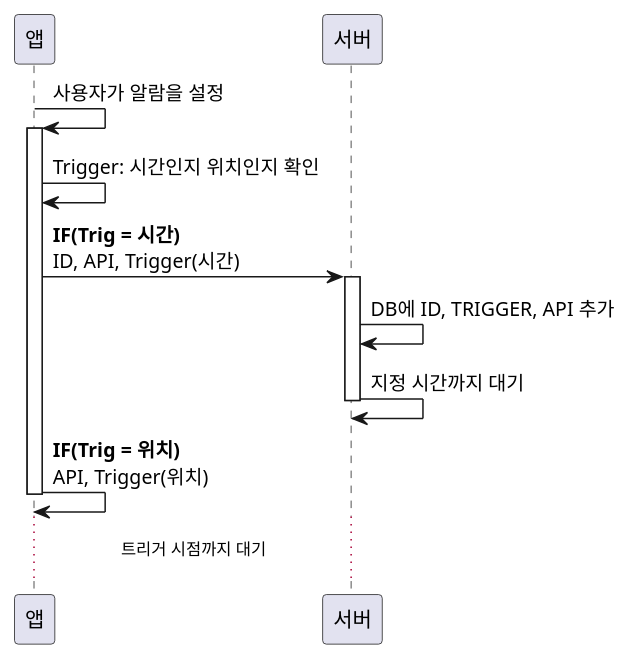
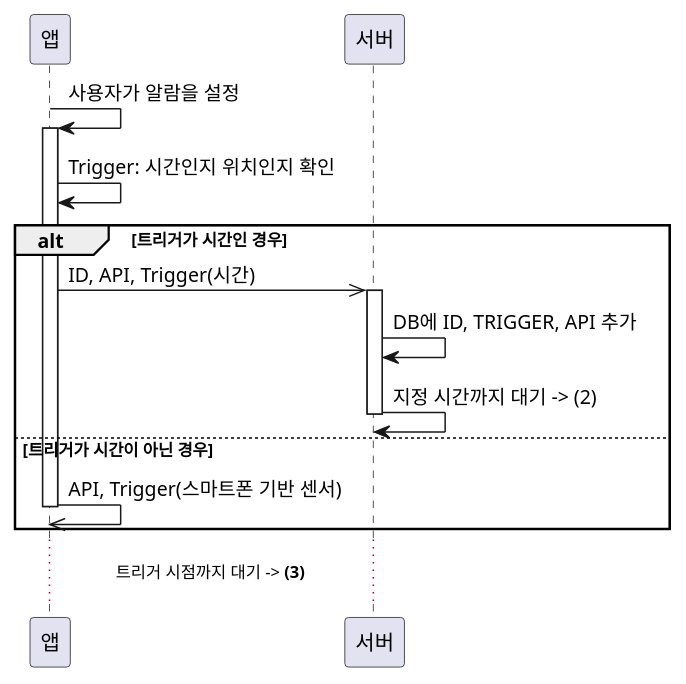
The diagram in uml/sequence/app-server-ready.puml (Team-Kelly/Requirements), drawn with PlantUML before and after one commit. The commit also changed 18 other files, not shown here.

```diff
--- a/uml/sequence/app-server-ready.puml
+++ b/uml/sequence/app-server-ready.puml
@@ -1,13 +1,16 @@
 @startuml app-server-ready
 앱 -> 앱 : 사용자가 알람을 설정
 activate 앱
 앱 -> 앱 : Trigger: 시간인지 위치인지 확인
-앱 -> 서버 : **IF(Trig = 시간)**\nID, API, Trigger(시간)
+alt 트리거가 시간인 경우
+앱 ->> 서버 : ID, API, Trigger(시간)
 activate 서버
 서버 -> 서버 : DB에 ID, TRIGGER, API 추가
-서버 -> 서버 : 지정 시간까지 대기
+서버 -> 서버 : 지정 시간까지 대기 -> (2)
 deactivate 서버
-앱 -> 앱 : **IF(Trig = 위치)**\nAPI, Trigger(위치)
+else 트리거가 시간이 아닌 경우
+앱 ->> 앱 : API, Trigger(스마트폰 기반 센서)
 deactivate 앱
-...트리거 시점까지 대기...
+end
+...트리거 시점까지 대기 -> **(3)** ...
 @enduml
```
